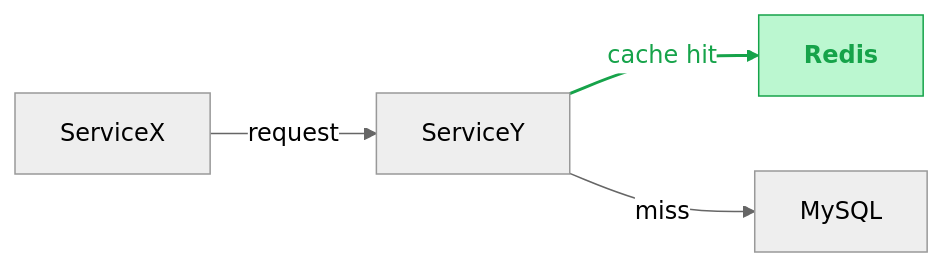
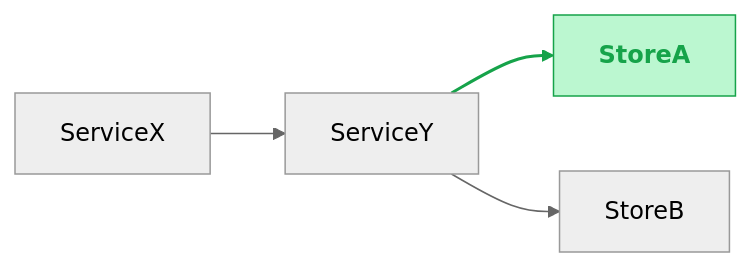
The diagram in skills/local-tech-design/SKILL.md (luanphandinh/workspace), drawn with Mermaid (neutral theme) before and after one commit. The commit also changed other lines of this file and 11 other files, not shown here.

````diff
--- a/skills/local-tech-design/SKILL.md
+++ b/skills/local-tech-design/SKILL.md
@@ -154,9 +296,9 @@
 ```mermaid
 flowchart LR
-  ServiceX -->|request| ServiceY
-  ServiceY -->|cache hit| Redis
-  ServiceY -->|miss| MySQL
+  ServiceX -->|<op A>| ServiceY
+  ServiceY -->|<op B-1>| StoreA
+  ServiceY -->|<op B-2>| StoreB
   classDef new fill:#bbf7d0,stroke:#16a34a,color:#16a34a,font-weight:bold
-  class Redis new
+  class StoreA new
   linkStyle 1 stroke:#16a34a,stroke-width:2px,color:#16a34a
 ```
````
